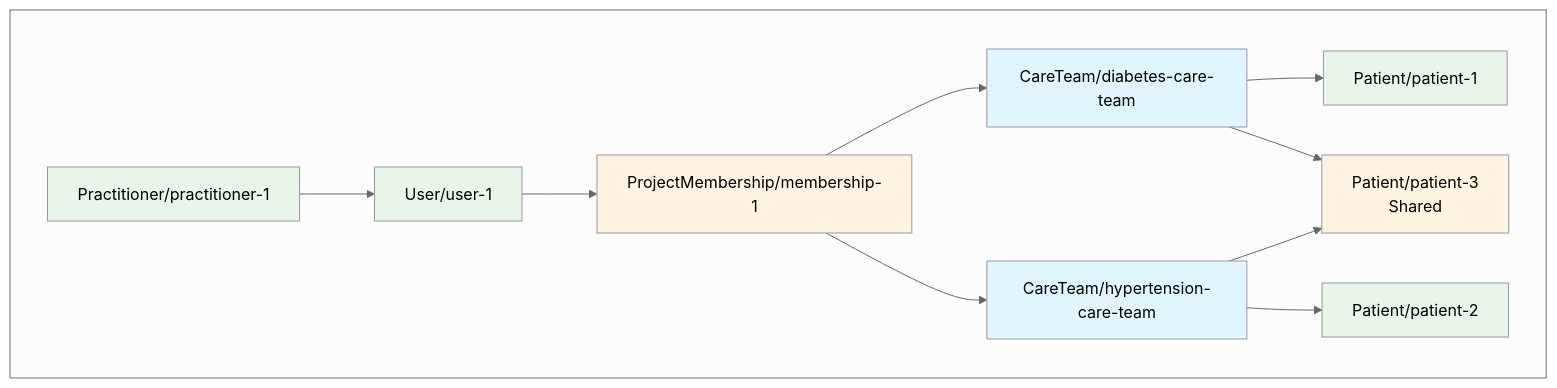
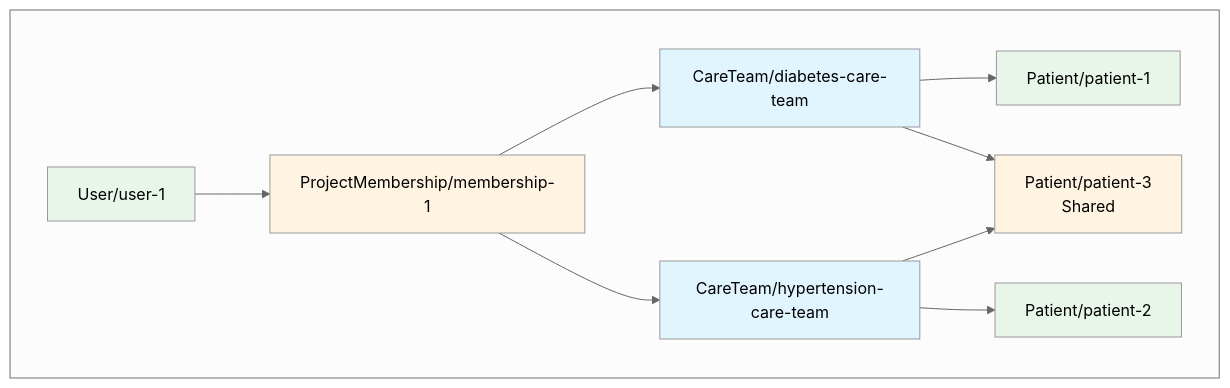
The fourth of 4 diagrams in packages/docs/docs/access/multi-tenant-access-policy.md (medplum/medplum), drawn with Mermaid before and after one commit. The commit also changed other lines of this file and 1 other file, not shown here.

````diff
--- a/packages/docs/docs/access/multi-tenant-access-policy.md
+++ b/packages/docs/docs/access/multi-tenant-access-policy.md
@@ -187,31 +183,28 @@
 ```mermaid
 %%{init: {'theme': 'neutral' }}%%
 graph TB
     subgraph CTSection[" "]
-        PracCT[Practitioner/practitioner-1]
         UserCT[User/user-1]
         PMCT[ProjectMembership/membership-1]
         CT1[CareTeam/diabetes-care-team]
         CT2[CareTeam/hypertension-care-team]
         PatCT1[Patient/patient-1]
         PatCT2[Patient/patient-2]
         PatCTShared[Patient/patient-3<br/>Shared]
-        PracCT --> UserCT
         UserCT --> PMCT
         PMCT --> CT1
         PMCT --> CT2
         CT1 --> PatCT1
         CT1 --> PatCTShared
         CT2 --> PatCT2
         CT2 --> PatCTShared
     end
     
-    style PracCT fill:#e8f5e9
     style UserCT fill:#e8f5e9
     style PMCT fill:#fff4e1
     style CT1 fill:#e1f5ff
     style CT2 fill:#e1f5ff
     style PatCT1 fill:#e8f5e9
     style PatCT2 fill:#e8f5e9
     style PatCTShared fill:#fff4e1
 ```
````
